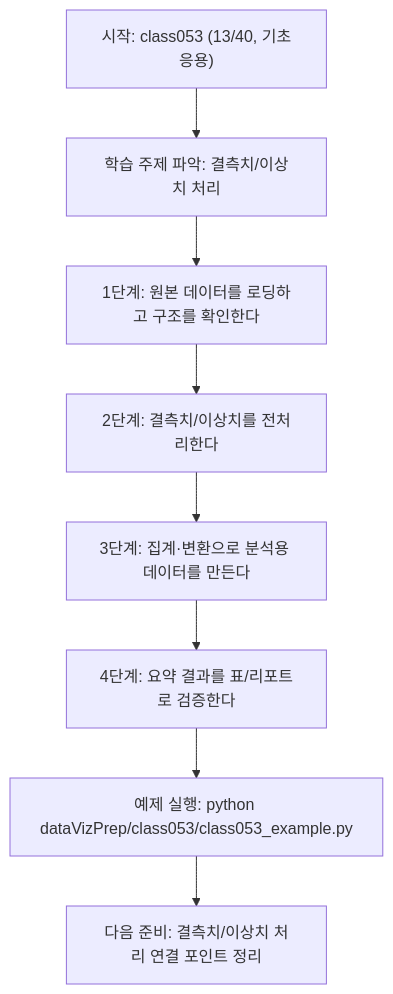
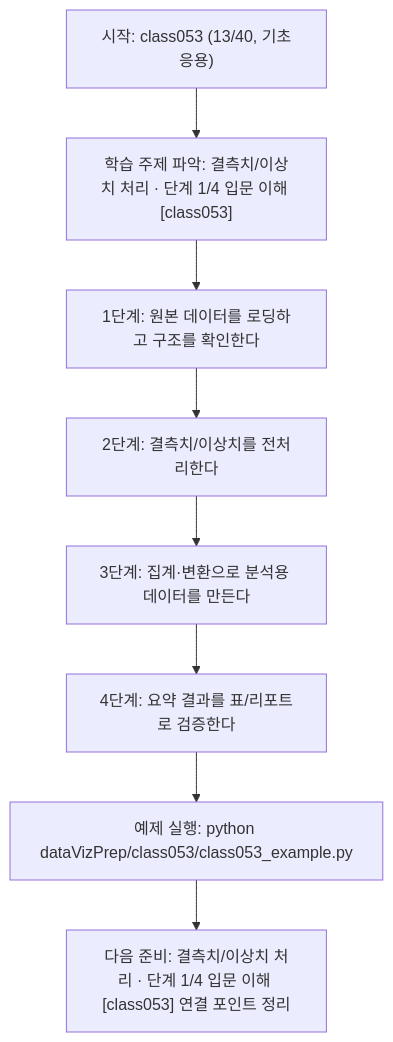
Before and after one commit to edumgt/Python-AI_Agent-Class: the diagram in dataVizPrep/class053/class053.md, drawn with Mermaid. The commit also changed other lines of this file and 522 other files, not shown here.

````diff
--- a/dataVizPrep/class053/class053.md
+++ b/dataVizPrep/class053/class053.md
@@ -110,18 +111,18 @@
 ```mermaid
 flowchart TD
 N1["시작: class053 (13/40, 기초응용)"]
-N2["학습 주제 파악: 결측치/이상치 처리"]
+N2["학습 주제 파악: 결측치/이상치 처리 · 단계 1/4 입문 이해 [class053]"]
 N3["1단계: 원본 데이터를 로딩하고 구조를 확인한다"]
 N4["2단계: 결측치/이상치를 전처리한다"]
 N5["3단계: 집계·변환으로 분석용 데이터를 만든다"]
 N6["4단계: 요약 결과를 표/리포트로 검증한다"]
 N7["예제 실행: python dataVizPrep/class053/class053_example.py"]
-N8["다음 준비: 결측치/이상치 처리 연결 포인트 정리"]
+N8["다음 준비: 결측치/이상치 처리 · 단계 1/4 입문 이해 [class053] 연결 포인트 정리"]
 N1 --> N2
 N2 --> N3
 N3 --> N4
 N4 --> N5
 N5 --> N6
 N6 --> N7
 N7 --> N8
 ```
````
